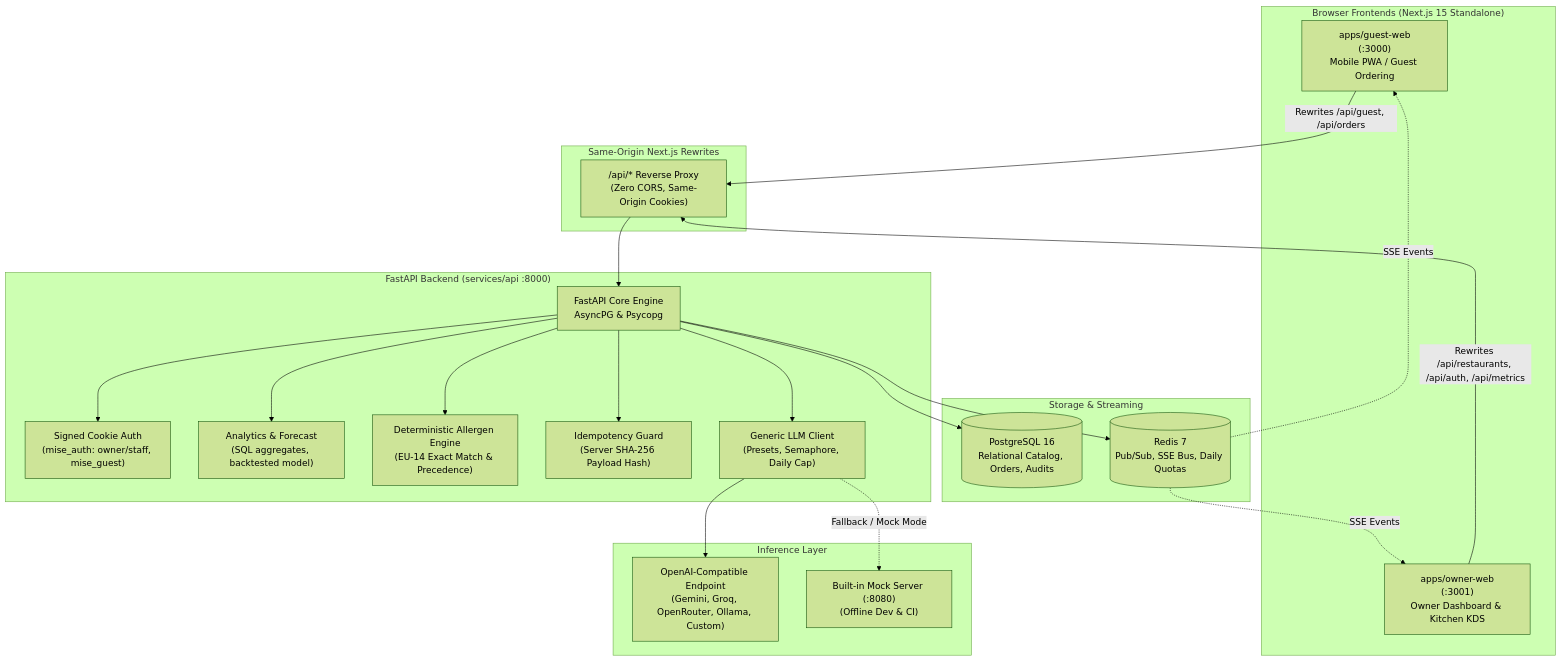
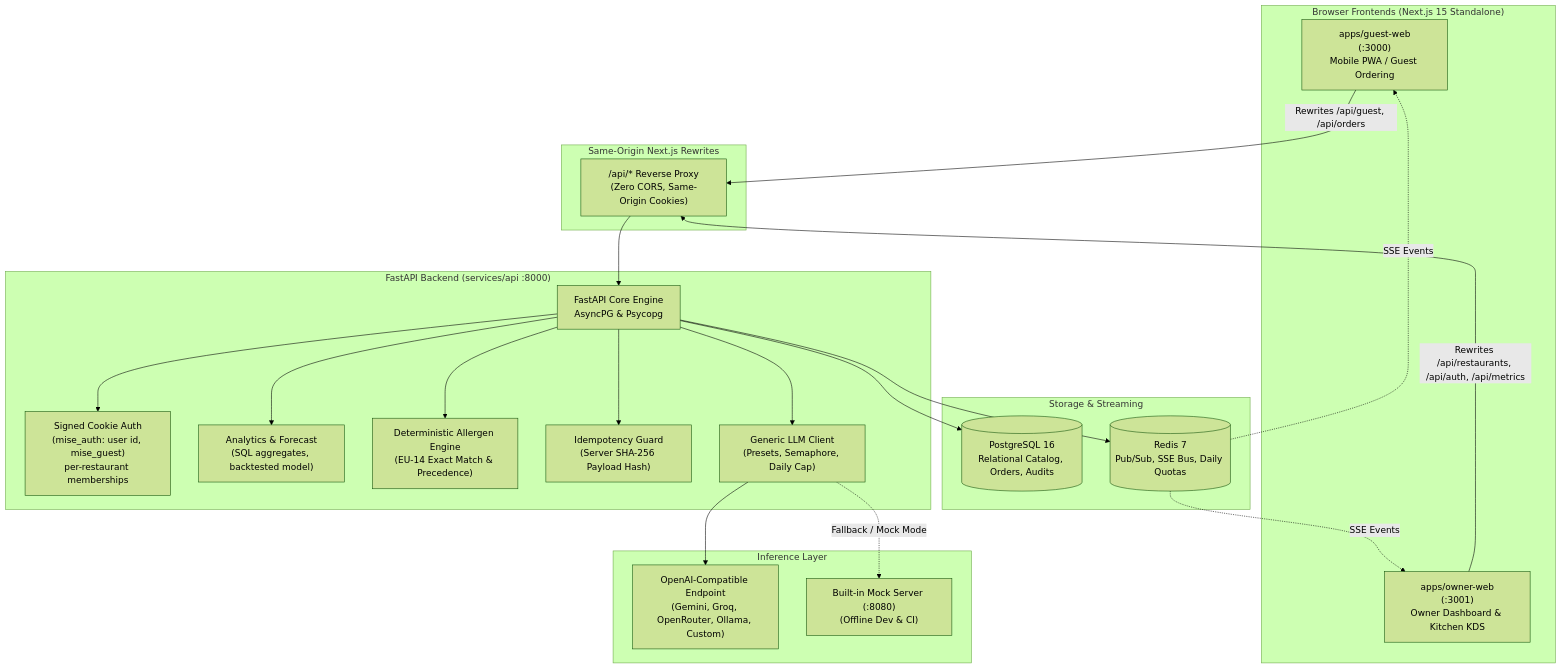
Before and after one commit to imahad-dev/mise: the diagram in README.md, drawn with Mermaid (forest theme). The commit also changed other lines of this file and 7 other files, not shown here.

````diff
--- a/README.md
+++ b/README.md
@@ -38,45 +53,45 @@
 ```mermaid
 graph TD
     subgraph Clients["Browser Frontends (Next.js 15 Standalone)"]
         GW["apps/guest-web<br/>(:3000)<br/>Mobile PWA / Guest Ordering"]
         OW["apps/owner-web<br/>(:3001)<br/>Owner Dashboard & Kitchen KDS"]
     end
 
     subgraph Proxy["Same-Origin Next.js Rewrites"]
         PR["/api/* Reverse Proxy<br/>(Zero CORS, Same-Origin Cookies)"]
     end
 
     subgraph Backend["FastAPI Backend (services/api :8000)"]
         API["FastAPI Core Engine<br/>AsyncPG & Psycopg"]
-        AUTH["Signed Cookie Auth<br/>(mise_auth: owner/staff, mise_guest)"]
+        AUTH["Signed Cookie Auth<br/>(mise_auth: user id, mise_guest)<br/>per-restaurant memberships"]
         ANALYTICS["Analytics & Forecast<br/>(SQL aggregates, backtested model)"]
         ALLERGEN["Deterministic Allergen Engine<br/>(EU-14 Exact Match & Precedence)"]
         IDEMP["Idempotency Guard<br/>(Server SHA-256 Payload Hash)"]
         INF["Generic LLM Client<br/>(Presets, Semaphore, Daily Cap)"]
     end
 
     subgraph Data["Storage & Streaming"]
         PG[("PostgreSQL 16<br/>Relational Catalog, Orders, Audits")]
         REDIS[("Redis 7<br/>Pub/Sub, SSE Bus, Daily Quotas")]
     end
 
     subgraph Inference["Inference Layer"]
         LLM["OpenAI-Compatible Endpoint<br/>(Gemini, Groq, OpenRouter, Ollama, Custom)"]
         MOCK["Built-in Mock Server (:8080)<br/>(Offline Dev & CI)"]
     end
 
     GW -->|Rewrites /api/guest, /api/orders| PR
     OW -->|Rewrites /api/restaurants, /api/auth, /api/metrics| PR
     PR --> API
     API --> AUTH
     API --> ALLERGEN
     API --> IDEMP
     API --> ANALYTICS
     API --> INF
     API --> PG
     API --> REDIS
     REDIS -.->|SSE Events| OW
     REDIS -.->|SSE Events| GW
     INF --> LLM
     INF -.->|Fallback / Mock Mode| MOCK
 ```
````
